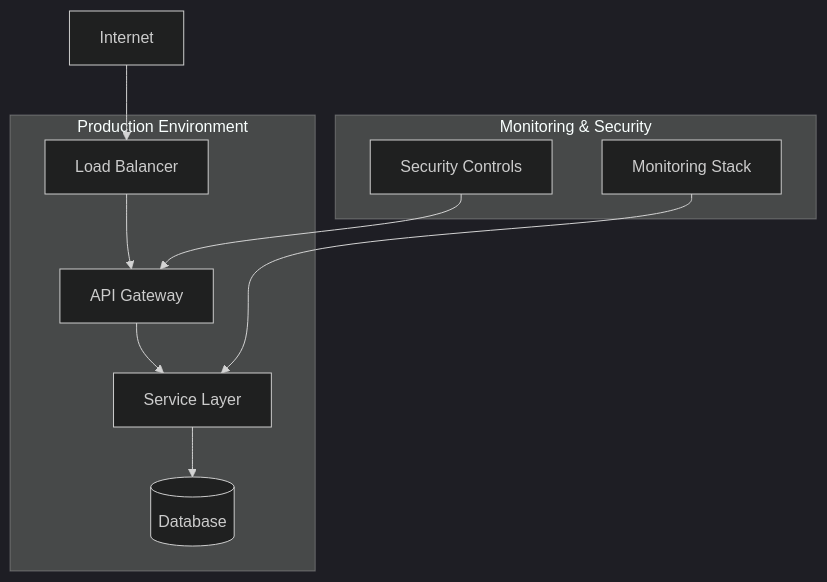
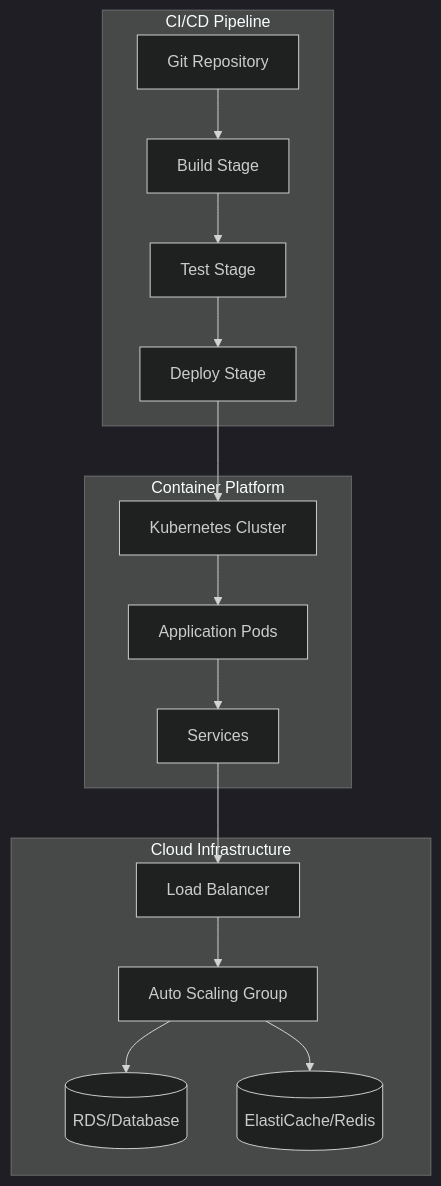
One commit to xincheng213618/OpenDeepWiki changed the first of 9 diagrams in src/KoalaWiki/Prompts/Warehouse/GenerateDocsDevOpsConfiguration.md. Above: the diagram before and after it, drawn with Mermaid (dark theme). The commit also changed other lines of this file and 7 other files, not shown here.

````diff
--- a/src/KoalaWiki/Prompts/Warehouse/GenerateDocsDevOpsConfiguration.md
+++ b/src/KoalaWiki/Prompts/Warehouse/GenerateDocsDevOpsConfiguration.md
@@ -87,21 +152,33 @@
 ```mermaid
 graph TB
-    subgraph "Production Environment"
+    subgraph "Cloud Infrastructure"
         LB[Load Balancer]
-        API[API Gateway]
-        SVC[Service Layer]
-        DB[(Database)]
+        ASG[Auto Scaling Group]
+        DB[(RDS/Database)]
+        CACHE[(ElastiCache/Redis)]
     end
     
-    subgraph "Monitoring & Security"
-        MON[Monitoring Stack]
-        SEC[Security Controls]
+    subgraph "Container Platform"
+        K8S[Kubernetes Cluster]
+        PODS[Application Pods]
+        SVC[Services]
     end
     
-    Internet --> LB
-    LB --> API
-    API --> SVC
-    SVC --> DB
-    MON --> SVC
-    SEC --> API
+    subgraph "CI/CD Pipeline"
+        GIT[Git Repository]
+        BUILD[Build Stage]
+        TEST[Test Stage]
+        DEPLOY[Deploy Stage]
+    end
+    
+    GIT --> BUILD
+    BUILD --> TEST
+    TEST --> DEPLOY
+    DEPLOY --> K8S
+    K8S --> PODS
+    PODS --> SVC
+    SVC --> LB
+    LB --> ASG
+    ASG --> DB
+    ASG --> CACHE
 ```
````
